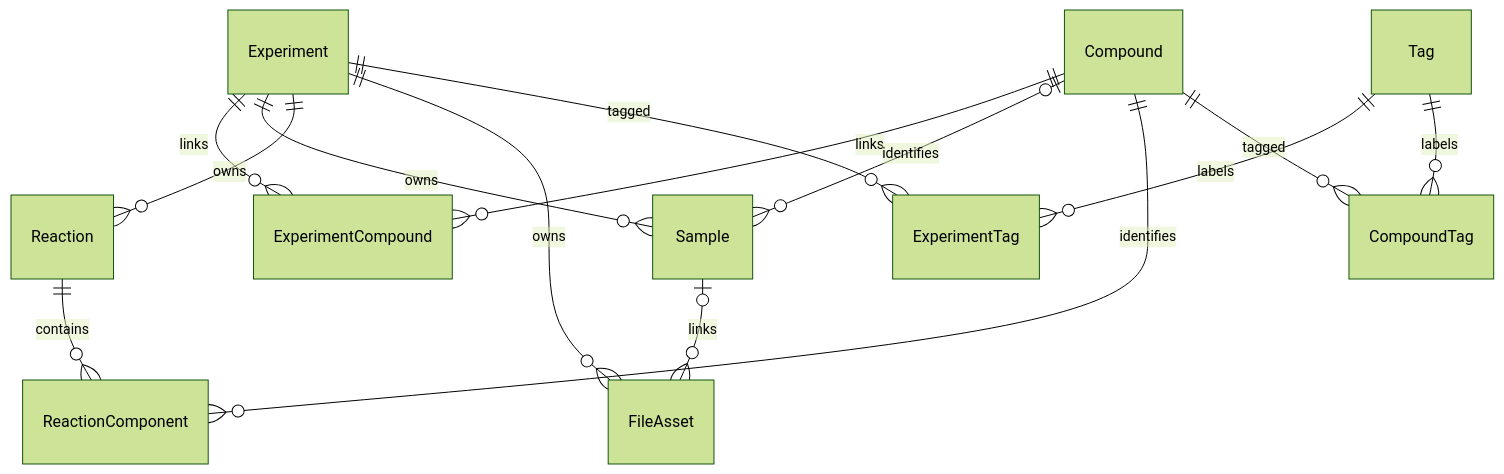
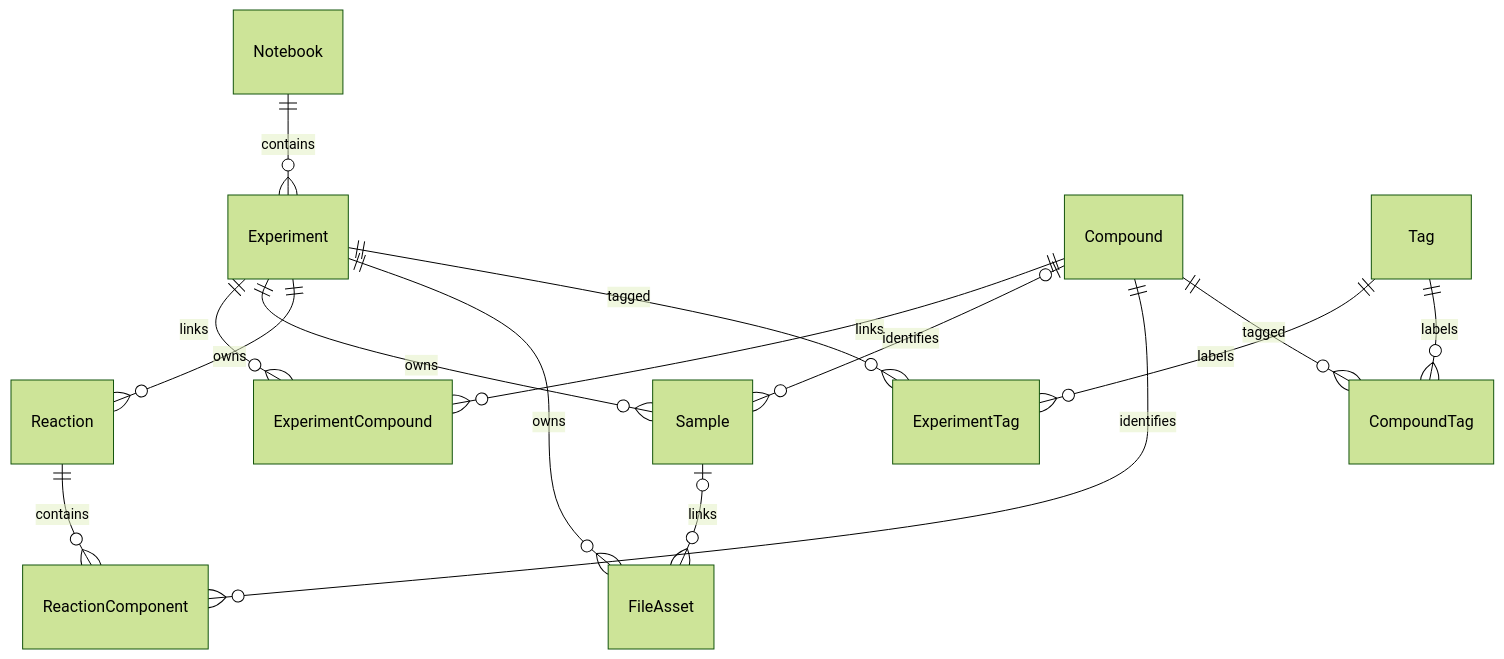
One commit to YCMiao/RDMS changed the diagram in docs/data-model.md. Above: the diagram before and after it, drawn with Mermaid (forest theme). The commit also changed other lines of this file and 47 other files, not shown here.

````diff
--- a/docs/data-model.md
+++ b/docs/data-model.md
@@ -7,16 +7,17 @@
 ```mermaid
 erDiagram
+  Notebook ||--o{ Experiment : contains
   Experiment ||--o{ ExperimentCompound : links
   Compound ||--o{ ExperimentCompound : links
   Experiment ||--o{ Sample : owns
   Compound o|--o{ Sample : identifies
   Experiment ||--o{ Reaction : owns
   Reaction ||--o{ ReactionComponent : contains
   Compound ||--o{ ReactionComponent : identifies
   Experiment ||--o{ FileAsset : owns
   Sample o|--o{ FileAsset : links
   Experiment ||--o{ ExperimentTag : tagged
   Tag ||--o{ ExperimentTag : labels
   Compound ||--o{ CompoundTag : tagged
   Tag ||--o{ CompoundTag : labels
 ```
````
